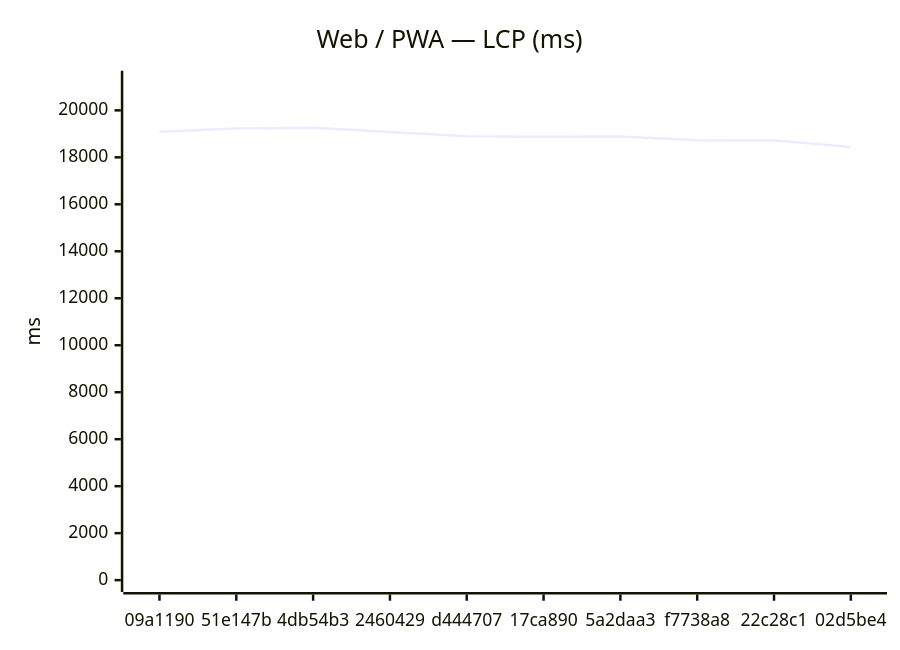
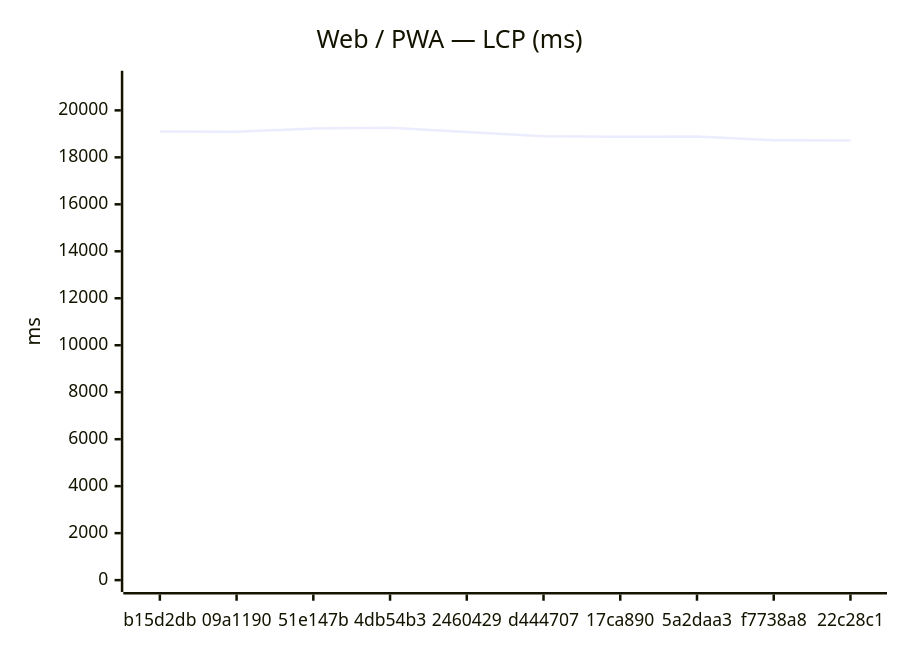
Before and after one commit to Metaheurist/Rianell: the first of 18 diagrams in benchmarks/compare.md, drawn with Mermaid. The commit also changed other lines of this file and 11 other files, not shown here.

````diff
--- a/benchmarks/compare.md
+++ b/benchmarks/compare.md
@@ -24,7 +24,7 @@
 ```mermaid
 xychart-beta
     title "Web / PWA — LCP (ms)"
-    x-axis ["09a1190", "51e147b", "4db54b3", "2460429", "d444707", "17ca890", "5a2daa3", "f7738a8", "22c28c1", "02d5be4"]
+    x-axis ["b15d2db", "09a1190", "51e147b", "4db54b3", "2460429", "d444707", "17ca890", "5a2daa3", "f7738a8", "22c28c1"]
     y-axis "ms" 0 --> 21181
-    line [19090, 19227, 19255, 19076, 18898, 18874, 18888, 18728, 18722, 18436]
+    line [19097, 19090, 19227, 19255, 19076, 18898, 18874, 18888, 18728, 18722]
 ```
````
